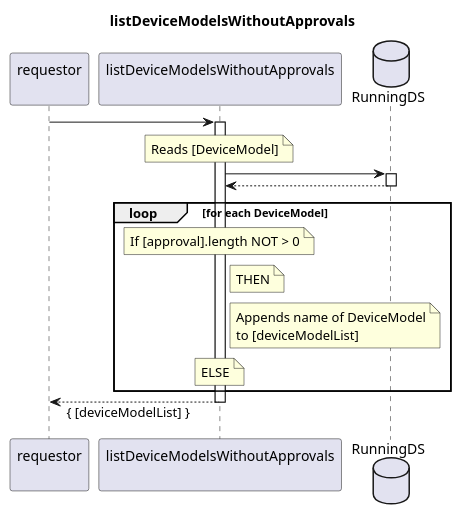
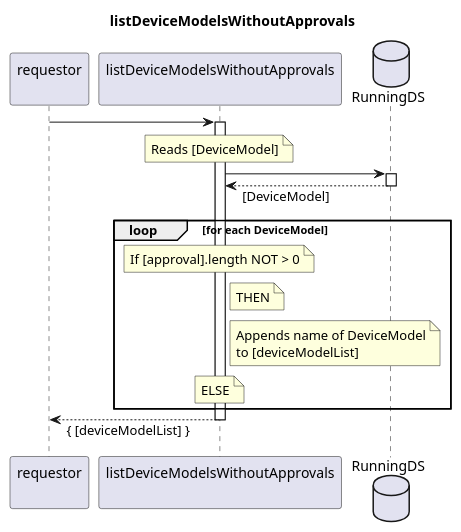
The diagram in spec/Services/listDeviceModelsWithoutApprovals/1.0.0/listDeviceModelsWithoutApprovals.plantuml (openBackhaul/FirmWareManager), drawn with PlantUML before and after one commit. The commit also changed 77 other files, not shown here.

```diff
--- a/spec/Services/listDeviceModelsWithoutApprovals/1.0.0/listDeviceModelsWithoutApprovals.plantuml
+++ b/spec/Services/listDeviceModelsWithoutApprovals/1.0.0/listDeviceModelsWithoutApprovals.plantuml
@@ -1,42 +1,42 @@
 @startuml listDeviceModelsWithoutApprovals
 skinparam responseMessageBelowArrow true
 
 title
   listDeviceModelsWithoutApprovals
 end title
 
 participant "requestor\n" as requestor
 participant "listDeviceModelsWithoutApprovals\n" as indServ
 database "RunningDS" as RunDS
 
 requestor -> indServ
 activate indServ
 
     note over indServ
       Reads [DeviceModel]
     end note
     indServ -> RunDS
     activate RunDS
-    indServ <-- RunDS
+    indServ <-- RunDS: [DeviceModel]
     deactivate RunDS
 
   loop for each DeviceModel
     note over indServ
       If [approval].length NOT > 0
     end note
     note right indServ
       THEN
     end note
     note right indServ
       Appends name of DeviceModel
       to [deviceModelList]
     end note
     note over indServ
       ELSE
     end note
   end loop
 
 requestor <-- indServ: { [deviceModelList] }
 deactivate indServ
 
 @enduml
```
